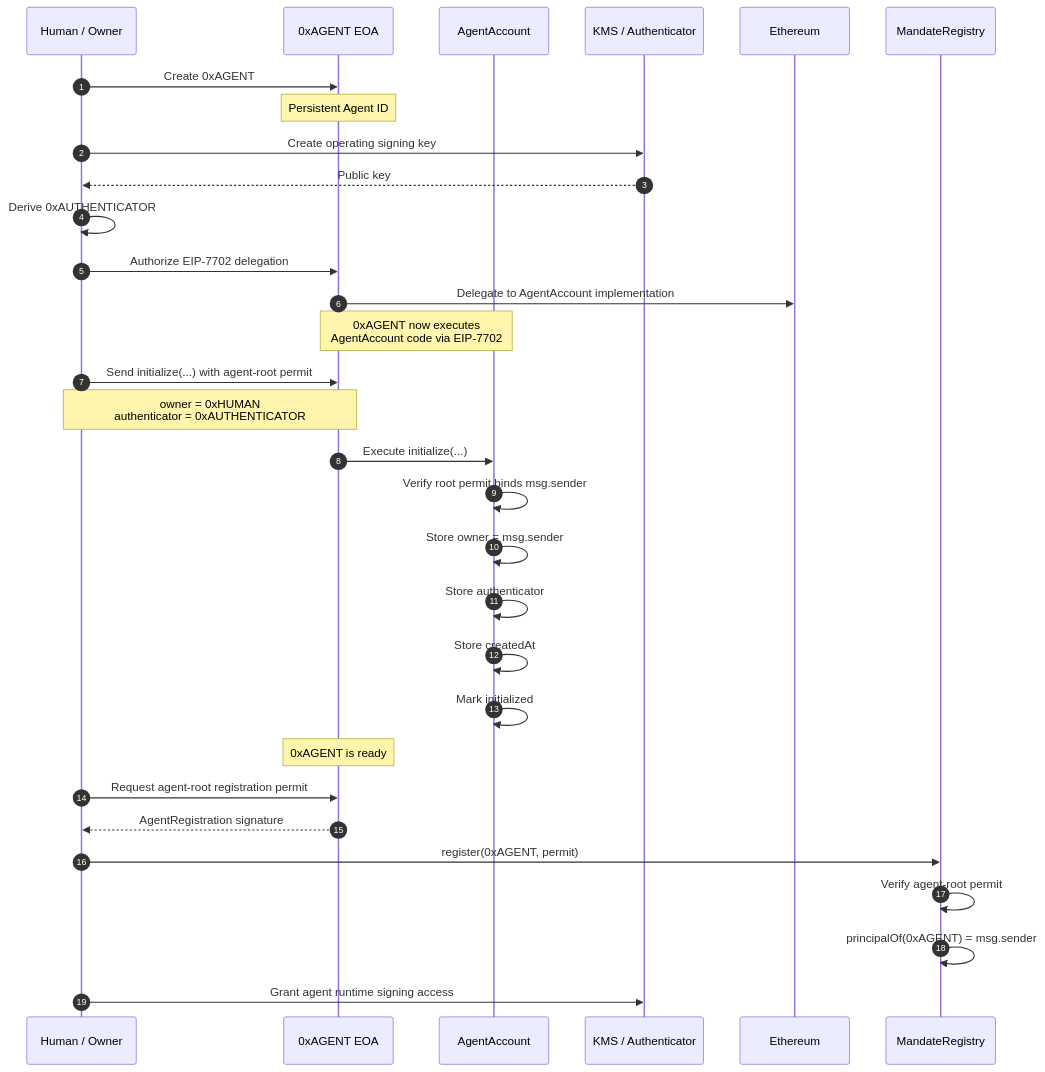
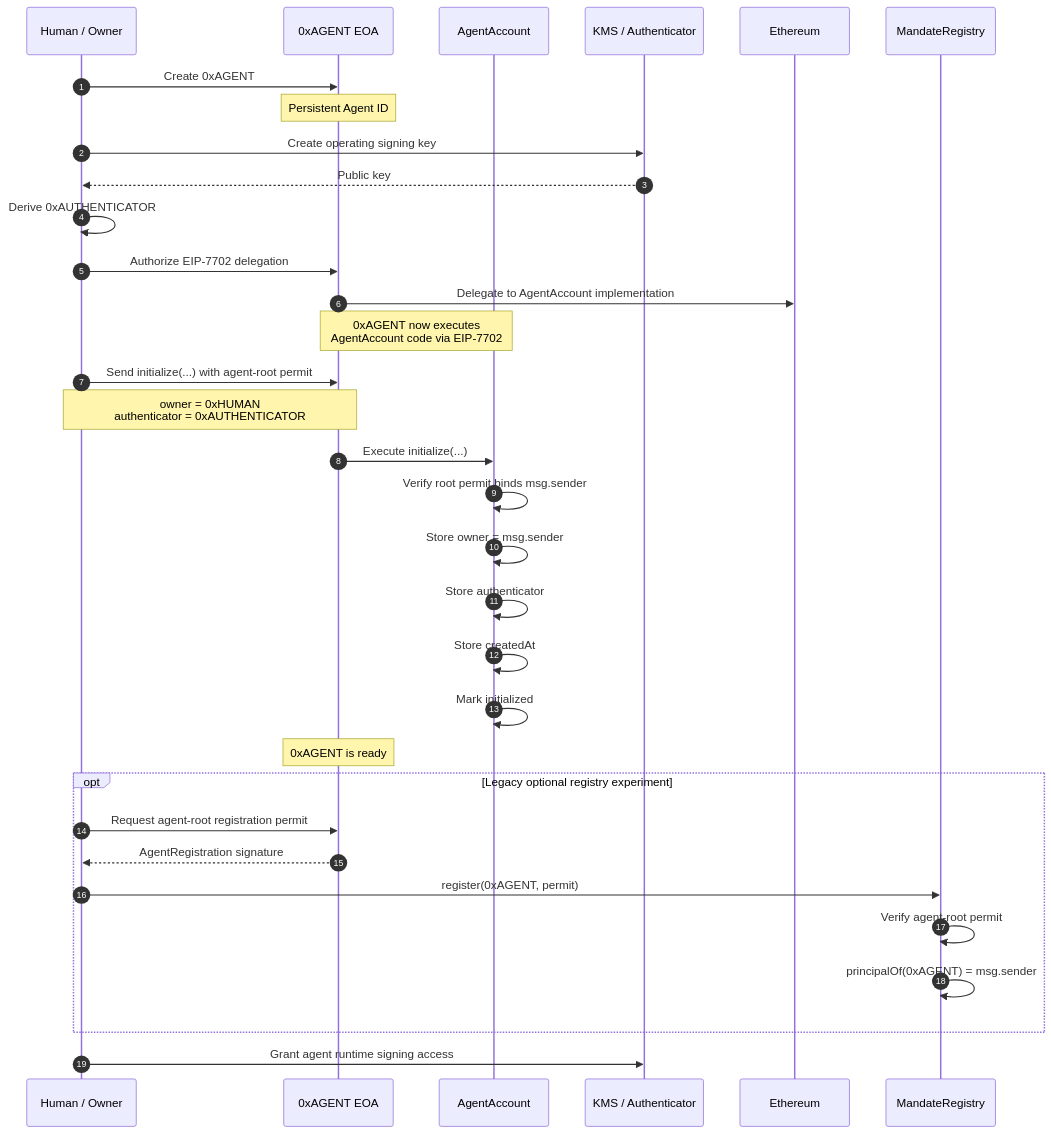
Before and after one commit to ryuux05/eth-tokyo-2026: the first of 4 diagrams in docs/PROTOCOL.md, drawn with Mermaid. The commit also changed other lines of this file and 2 other files, not shown here.

````diff
--- a/docs/PROTOCOL.md
+++ b/docs/PROTOCOL.md
@@ -37,43 +47,45 @@
 ```mermaid
 sequenceDiagram
     autonumber
 
     participant H as Human / Owner
     participant A as 0xAGENT EOA
     participant C as AgentAccount
     participant K as KMS / Authenticator
     participant E as Ethereum
     participant M as MandateRegistry
 
     H->>A: Create 0xAGENT
     Note over A: Persistent Agent ID
 
     H->>K: Create operating signing key
     K-->>H: Public key
     H->>H: Derive 0xAUTHENTICATOR
 
     H->>A: Authorize EIP-7702 delegation
     A->>E: Delegate to AgentAccount implementation
 
     Note over A,C: 0xAGENT now executes<br/>AgentAccount code via EIP-7702
 
     H->>A: Send initialize(...) with agent-root permit
     Note over H,A: owner = 0xHUMAN<br/>authenticator = 0xAUTHENTICATOR
 
     A->>C: Execute initialize(...)
     C->>C: Verify root permit binds msg.sender
     C->>C: Store owner = msg.sender
     C->>C: Store authenticator
     C->>C: Store createdAt
     C->>C: Mark initialized
 
     Note over A: 0xAGENT is ready
 
-    H->>A: Request agent-root registration permit
-    A-->>H: AgentRegistration signature
-    H->>M: register(0xAGENT, permit)
-    M->>M: Verify agent-root permit
-    M->>M: principalOf(0xAGENT) = msg.sender
+    opt Legacy optional registry experiment
+        H->>A: Request agent-root registration permit
+        A-->>H: AgentRegistration signature
+        H->>M: register(0xAGENT, permit)
+        M->>M: Verify agent-root permit
+        M->>M: principalOf(0xAGENT) = msg.sender
+    end
 
     H->>K: Grant agent runtime signing access
 ```
````
